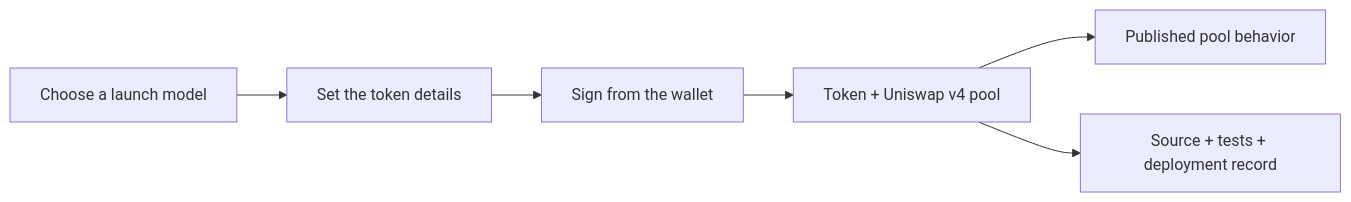
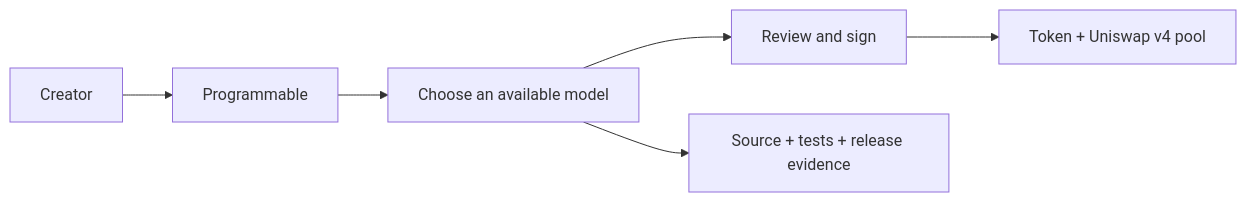
One commit to 0xprogrammable/PROGRAMMABLE changed the first of 2 diagrams in README.md. Above: the diagram before and after it, drawn with Mermaid. The commit also changed other lines of this file and 43 other files, not shown here.

````diff
--- a/README.md
+++ b/README.md
@@ -52,8 +52,8 @@
 ```mermaid
 flowchart LR
-    idea["Choose a launch model"] --> setup["Set the token details"]
-    setup --> wallet["Sign from the wallet"]
-    wallet --> launch["Token + Uniswap v4 pool"]
-    launch --> behavior["Published pool behavior"]
-    launch --> record["Source + tests + deployment record"]
+    creator["Creator"] --> interface["Programmable"]
+    interface --> registry["Choose an available model"]
+    registry --> wallet["Review and sign"]
+    wallet --> pool["Token + Uniswap v4 pool"]
+    registry --> evidence["Source + tests + release evidence"]
 ```
````
